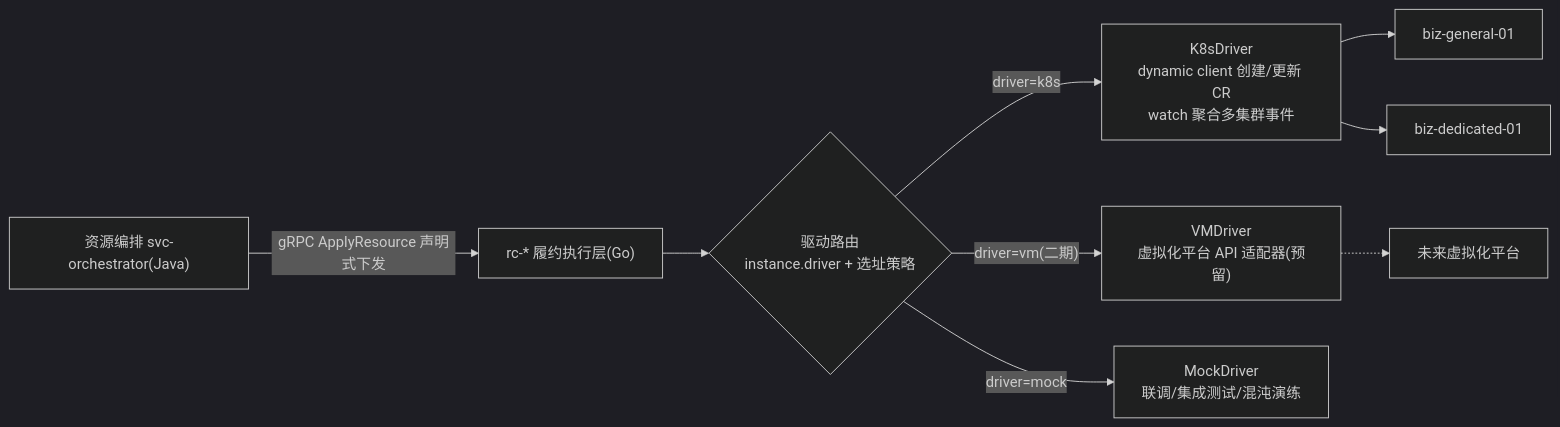
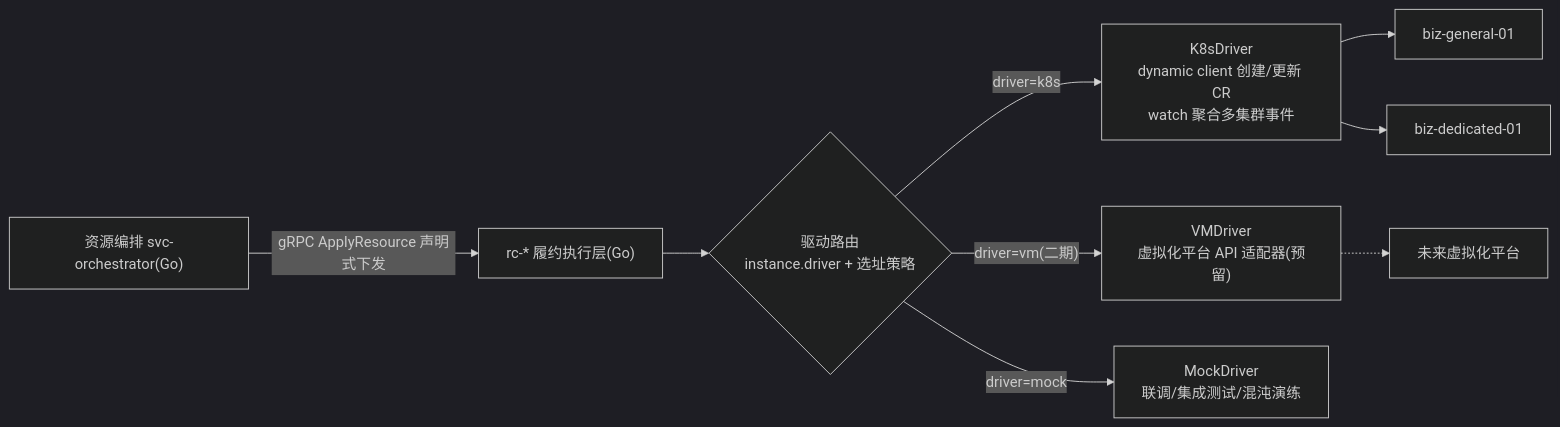
The eighth of 9 diagrams in docs/architecture/06-kubernetes-productization.md (qifalab/euler-platform), drawn with Mermaid (dark theme) before and after one commit. The commit also changed other lines of this file and 318 other files, not shown here.

````diff
--- a/docs/architecture/06-kubernetes-productization.md
+++ b/docs/architecture/06-kubernetes-productization.md
@@ -723,11 +723,11 @@
 ```mermaid
 flowchart LR
-    ORC["资源编排 svc-orchestrator(Java)"] -- "gRPC ApplyResource 声明式下发" --> RC["rc-* 履约执行层(Go)"]
+    ORC["资源编排 svc-orchestrator(Go)"] -- "gRPC ApplyResource 声明式下发" --> RC["rc-* 履约执行层(Go)"]
     RC --> RT{"驱动路由<br/>instance.driver + 选址策略"}
     RT -- driver=k8s --> KD["K8sDriver<br/>dynamic client 创建/更新 CR<br/>watch 聚合多集群事件"]
     RT -- driver=vm(二期) --> VD["VMDriver<br/>虚拟化平台 API 适配器(预留)"]
     RT -- driver=mock --> MD["MockDriver<br/>联调/集成测试/混沌演练"]
     KD --> C1["biz-general-01"]
     KD --> C2["biz-dedicated-01"]
     VD -.-> HYPER["未来虚拟化平台"]
 ```
````
